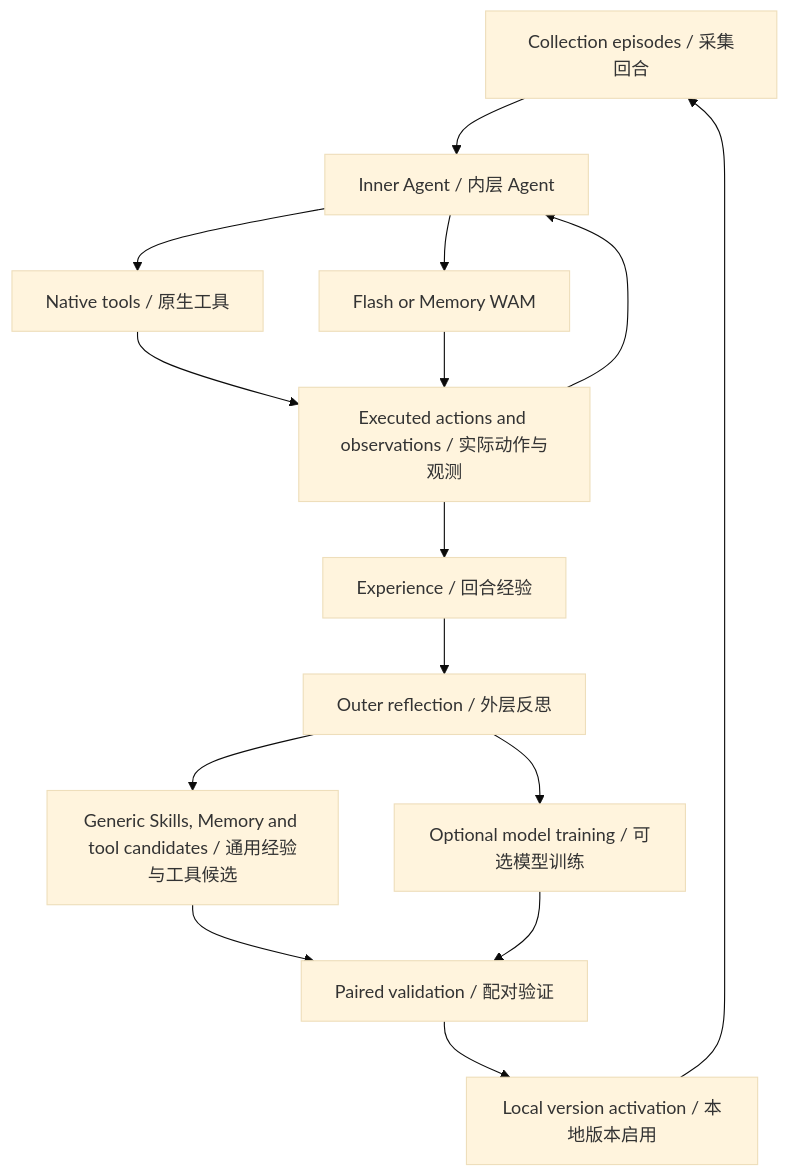
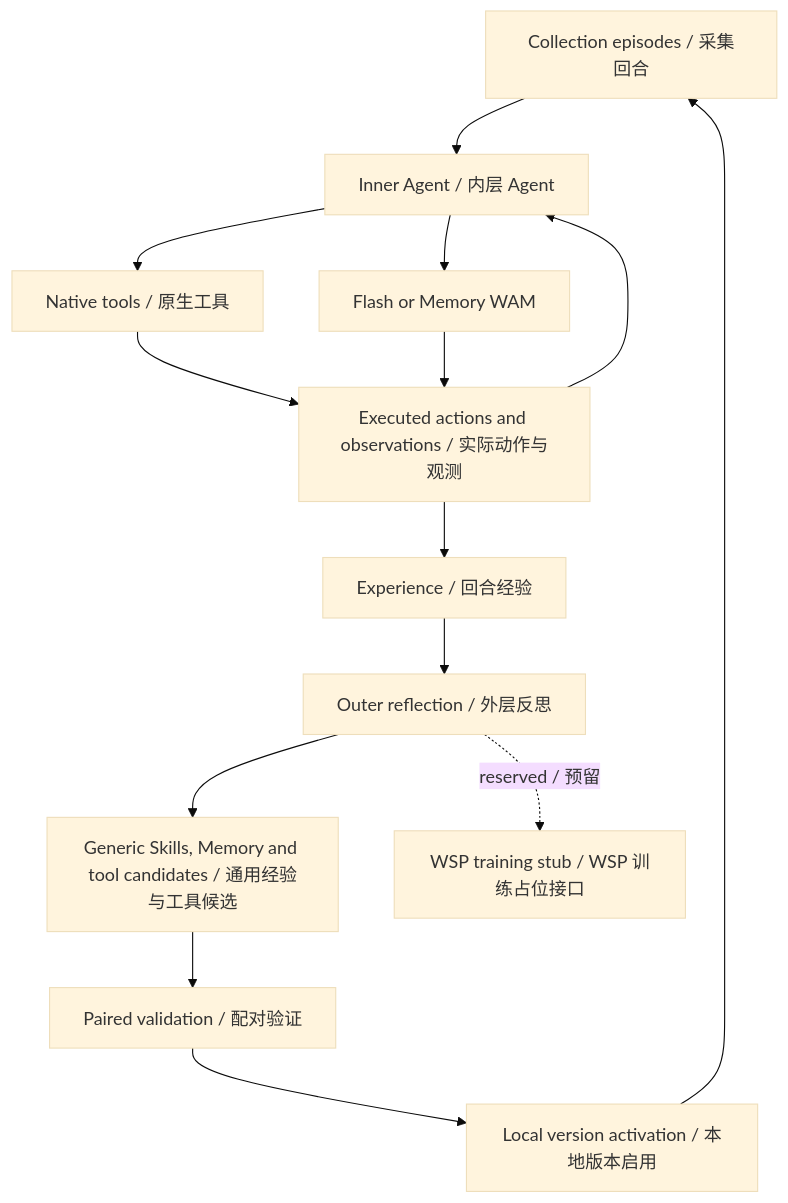
Before and after one commit to manifoldai-research/R2SI: the diagram in docs/ARCHITECTURE.md, drawn with Mermaid (base theme). The commit also changed other lines of this file and 1213 other files, not shown here.

Commit message:
Unify WorldScape_R2SI agent, Skills and WAM; reserve WSP training interface

````diff
--- a/docs/ARCHITECTURE.md
+++ b/docs/ARCHITECTURE.md
@@ -3,17 +3,16 @@
 ```mermaid
 flowchart TD
     C[Collection episodes / 采集回合] --> I[Inner Agent / 内层 Agent]
     I --> N[Native tools / 原生工具]
     I --> W[Flash or Memory WAM]
     N --> E[Executed actions and observations / 实际动作与观测]
     W --> E
     E --> I
     E --> R[Experience / 回合经验]
     R --> O[Outer reflection / 外层反思]
     O --> S[Generic Skills, Memory and tool candidates / 通用经验与工具候选]
-    O --> T[Optional model training / 可选模型训练]
+    O -. reserved / 预留 .-> T[WSP training stub / WSP 训练占位接口]
     S --> V[Paired validation / 配对验证]
-    T --> V
     V --> A[Local version activation / 本地版本启用]
     A --> C
 ```
````
